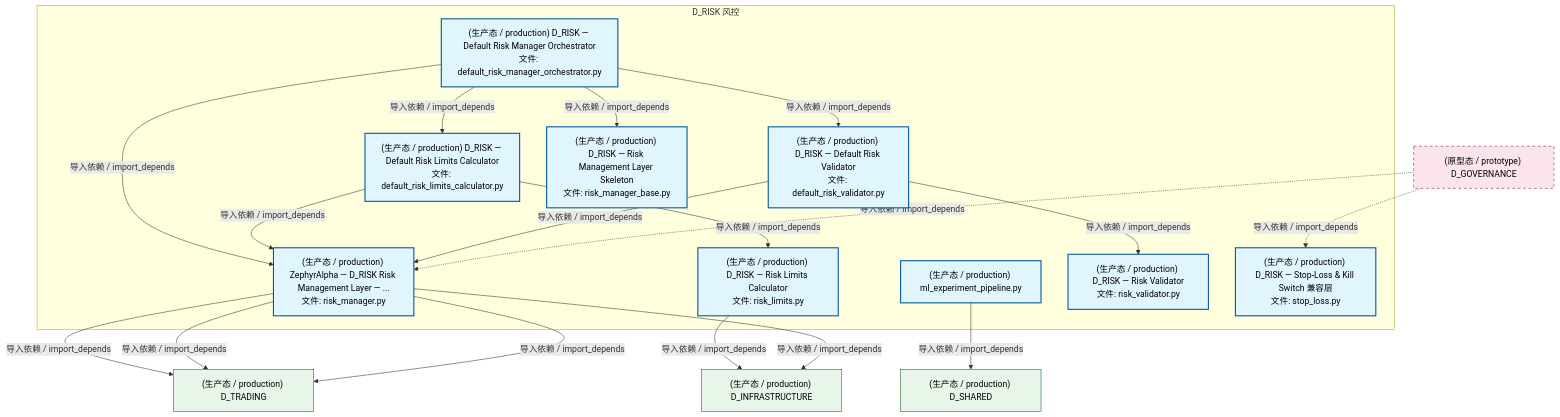
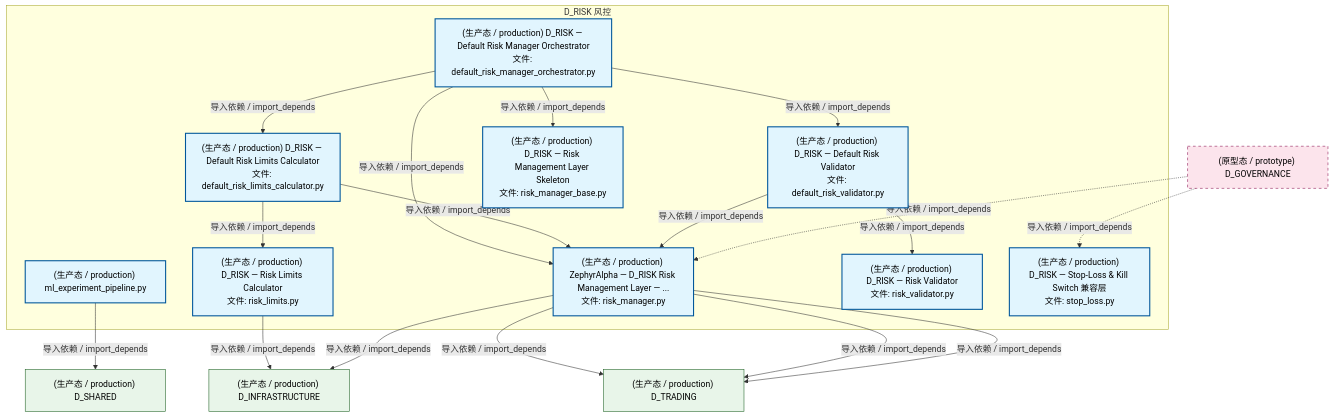
One commit to xuanFelixVan/ZephyrAlpha changed the second of 4 diagrams in docs/02_enterprise_architecture/02_domain_architecture_docs/54_d_risk.md. Above: the diagram before and after it, drawn with Mermaid. The commit also changed other lines of this file and 97 other files, not shown here.

````diff
--- a/docs/02_enterprise_architecture/02_domain_architecture_docs/54_d_risk.md
+++ b/docs/02_enterprise_architecture/02_domain_architecture_docs/54_d_risk.md
@@ -133,41 +133,41 @@
 ```mermaid
 graph TD
     subgraph D_RISK["D_RISK 风控"]
         src_zephyr_risk_cross_asset_cross_market_data_adapter_ml_experiment_pipeline_py["(生产态 / production) ml_experiment_pipeline.py"]
         src_zephyr_risk_implementations_default_risk_limits_calculator_py["(生产态 / production) D_RISK — Default Risk Limits Calculator<br/>文件: default_risk_limits_calculator.py"]
         src_zephyr_risk_implementations_default_risk_manager_orchestrator_py["(生产态 / production) D_RISK — Default Risk Manager Orchestrator<br/>文件: default_risk_manager_orchestrator.py"]
         src_zephyr_risk_implementations_default_risk_validator_py["(生产态 / production) D_RISK — Default Risk Validator<br/>文件: default_risk_validator.py"]
         src_zephyr_risk_risk_limits_py["(生产态 / production) D_RISK — Risk Limits Calculator<br/>文件: risk_limits.py"]
         src_zephyr_risk_risk_manager_py["(生产态 / production) ZephyrAlpha — D_RISK Risk Management Layer — ...<br/>文件: risk_manager.py"]
         src_zephyr_risk_risk_manager_base_py["(生产态 / production) D_RISK — Risk Management Layer Skeleton<br/>文件: risk_manager_base.py"]
         src_zephyr_risk_risk_validator_py["(生产态 / production) D_RISK — Risk Validator<br/>文件: risk_validator.py"]
         src_zephyr_risk_stop_loss_py["(生产态 / production) D_RISK — Stop-Loss & Kill Switch 兼容层<br/>文件: stop_loss.py"]
     end
+    src_zephyr_risk_implementations_default_risk_manager_orchestrator_py -->|导入依赖 / import_depends| src_zephyr_risk_risk_manager_py
     src_zephyr_risk_implementations_default_risk_manager_orchestrator_py -->|导入依赖 / import_depends| src_zephyr_risk_risk_manager_base_py
-    src_zephyr_risk_implementations_default_risk_manager_orchestrator_py -->|导入依赖 / import_depends| src_zephyr_risk_risk_manager_py
     src_zephyr_risk_implementations_default_risk_manager_orchestrator_py -->|导入依赖 / import_depends| src_zephyr_risk_implementations_default_risk_limits_calculator_py
     src_zephyr_risk_implementations_default_risk_manager_orchestrator_py -->|导入依赖 / import_depends| src_zephyr_risk_implementations_default_risk_validator_py
     src_zephyr_risk_implementations_default_risk_limits_calculator_py -->|导入依赖 / import_depends| src_zephyr_risk_risk_limits_py
     src_zephyr_risk_implementations_default_risk_limits_calculator_py -->|导入依赖 / import_depends| src_zephyr_risk_risk_manager_py
+    src_zephyr_risk_implementations_default_risk_validator_py -->|导入依赖 / import_depends| src_zephyr_risk_risk_manager_py
     src_zephyr_risk_implementations_default_risk_validator_py -->|导入依赖 / import_depends| src_zephyr_risk_risk_validator_py
-    src_zephyr_risk_implementations_default_risk_validator_py -->|导入依赖 / import_depends| src_zephyr_risk_risk_manager_py
     D_TRADING["(生产态 / production) D_TRADING"]
     src_zephyr_risk_risk_manager_py -->|导入依赖 / import_depends| D_TRADING
     D_INFRASTRUCTURE["(生产态 / production) D_INFRASTRUCTURE"]
     src_zephyr_risk_risk_limits_py -->|导入依赖 / import_depends| D_INFRASTRUCTURE
     src_zephyr_risk_risk_manager_py -->|导入依赖 / import_depends| D_TRADING
     src_zephyr_risk_risk_manager_py -->|导入依赖 / import_depends| D_TRADING
     src_zephyr_risk_risk_manager_py -->|导入依赖 / import_depends| D_INFRASTRUCTURE
     D_SHARED["(生产态 / production) D_SHARED"]
     src_zephyr_risk_cross_asset_cross_market_data_adapter_ml_experiment_pipeline_py -->|导入依赖 / import_depends| D_SHARED
     D_GOVERNANCE["(原型态 / prototype) D_GOVERNANCE"]
     D_GOVERNANCE -.->|导入依赖 / import_depends| src_zephyr_risk_risk_manager_py
     D_GOVERNANCE -.->|导入依赖 / import_depends| src_zephyr_risk_stop_loss_py
     classDef production fill:#e1f5fe,stroke:#01579b,stroke-width:2px,color:#000
     classDef design fill:#fff3e0,stroke:#e65100,stroke-width:2px,color:#000,stroke-dasharray: 5 5
     classDef external_prod fill:#e8f5e9,stroke:#1b5e20,stroke-width:1px,color:#000
     classDef external_design fill:#fce4ec,stroke:#880e4f,stroke-width:1px,color:#000,stroke-dasharray: 5 5
     class src_zephyr_risk_cross_asset_cross_market_data_adapter_ml_experiment_pipeline_py,src_zephyr_risk_implementations_default_risk_limits_calculator_py,src_zephyr_risk_implementations_default_risk_manager_orchestrator_py,src_zephyr_risk_implementations_default_risk_validator_py,src_zephyr_risk_risk_limits_py,src_zephyr_risk_risk_manager_py,src_zephyr_risk_risk_manager_base_py,src_zephyr_risk_risk_validator_py,src_zephyr_risk_stop_loss_py production
     class D_TRADING,D_INFRASTRUCTURE,D_SHARED external_prod
     class D_GOVERNANCE external_design
 ```
````
